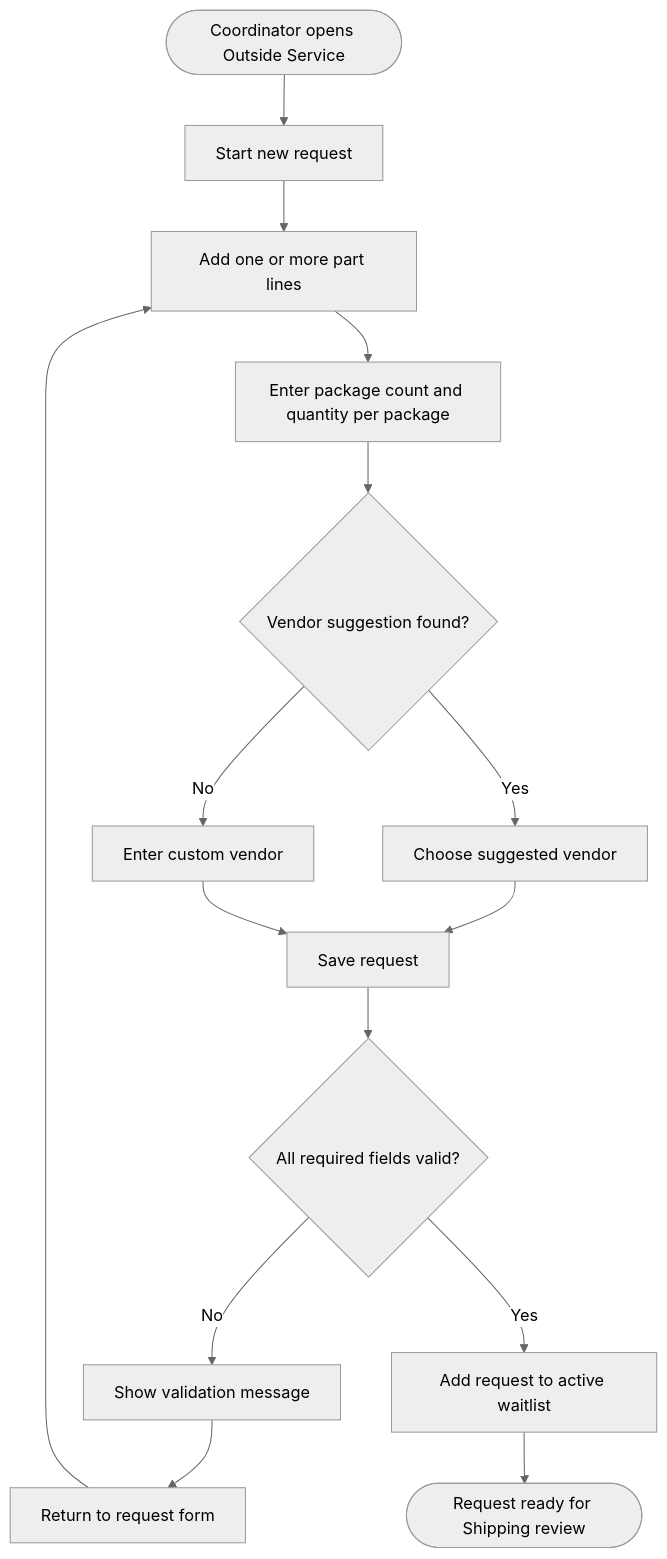
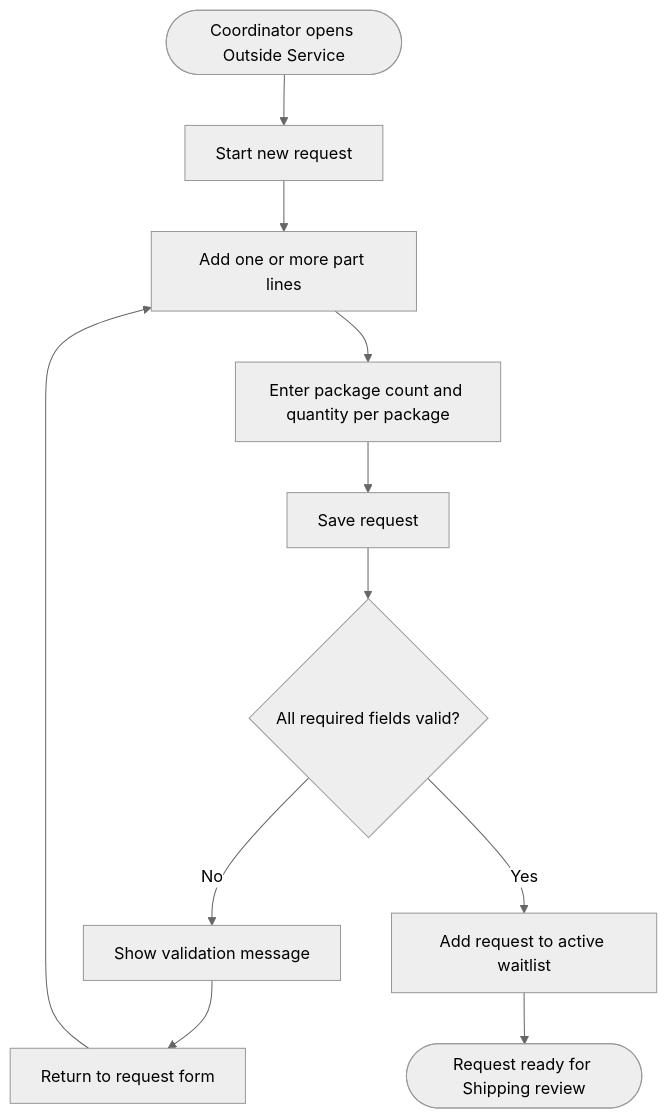
Before and after one commit to JDKoll1982/MTM_Receiving_Application: the first of 2 diagrams in docs/Modules/Module_OutsideService/End-User-Workflow-And-Mockups.md, drawn with Mermaid (neutral theme). The commit also changed other lines of this file and 1 other file, not shown here.

Commit message:
feat: update Module_OutsideService documentation to reflect removal of vendor selection in Version 1

````diff
--- a/docs/Modules/Module_OutsideService/End-User-Workflow-And-Mockups.md
+++ b/docs/Modules/Module_OutsideService/End-User-Workflow-And-Mockups.md
@@ -44,17 +42,13 @@
 ```mermaid
 flowchart TD
   W1_1_Start([Coordinator opens Outside Service]) --> W1_1_NewRequest[Start new request]
   W1_1_NewRequest --> W1_1_AddLine[Add one or more part lines]
   W1_1_AddLine --> W1_1_EnterPackageData[Enter package count and quantity per package]
-  W1_1_EnterPackageData --> W1_1_VendorSuggestion{Vendor suggestion found?}
-  W1_1_VendorSuggestion -->|Yes| W1_1_ChooseSuggestion[Choose suggested vendor]
-  W1_1_VendorSuggestion -->|No| W1_1_CustomVendor[Enter custom vendor]
-  W1_1_ChooseSuggestion --> W1_1_SaveRequest[Save request]
-  W1_1_CustomVendor --> W1_1_SaveRequest
+  W1_1_EnterPackageData --> W1_1_SaveRequest[Save request]
   W1_1_SaveRequest --> W1_1_SaveValid{All required fields valid?}
   W1_1_SaveValid -->|No| W1_1_ShowValidation[Show validation message]
   W1_1_ShowValidation --> W1_1_ReturnToForm[Return to request form]
   W1_1_ReturnToForm --> W1_1_AddLine
   W1_1_SaveValid -->|Yes| W1_1_AddToWaitlist[Add request to active waitlist]
   W1_1_AddToWaitlist --> W1_1_SuccessEnd([Request ready for Shipping review])
 ```
````
